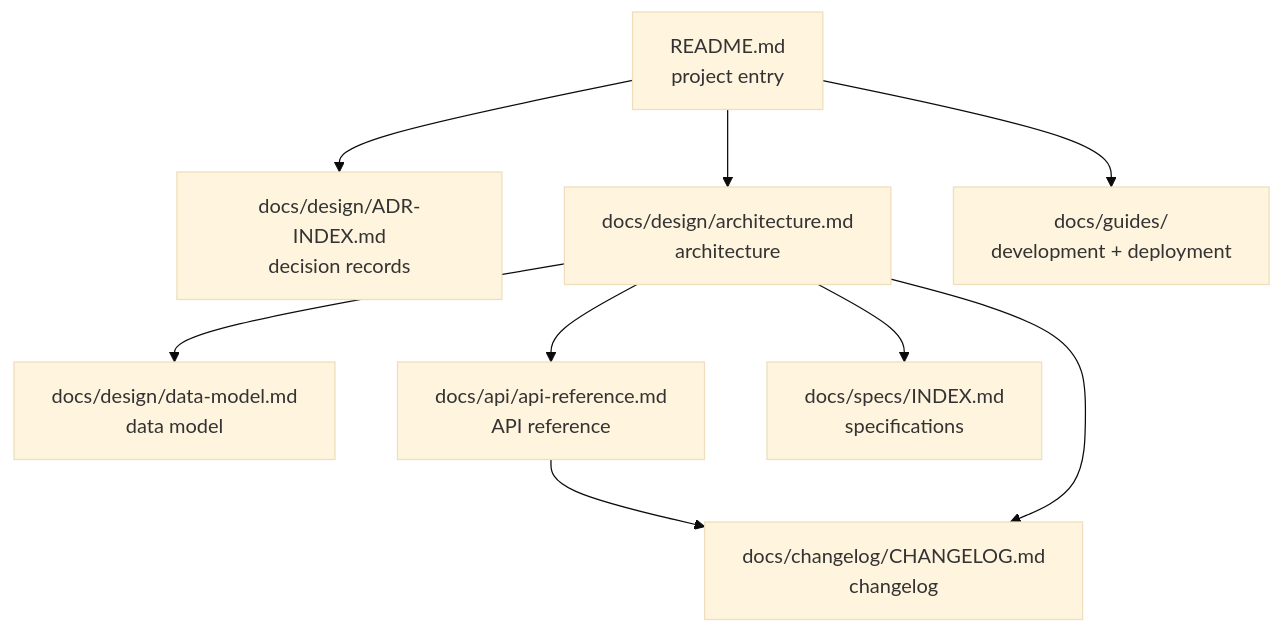
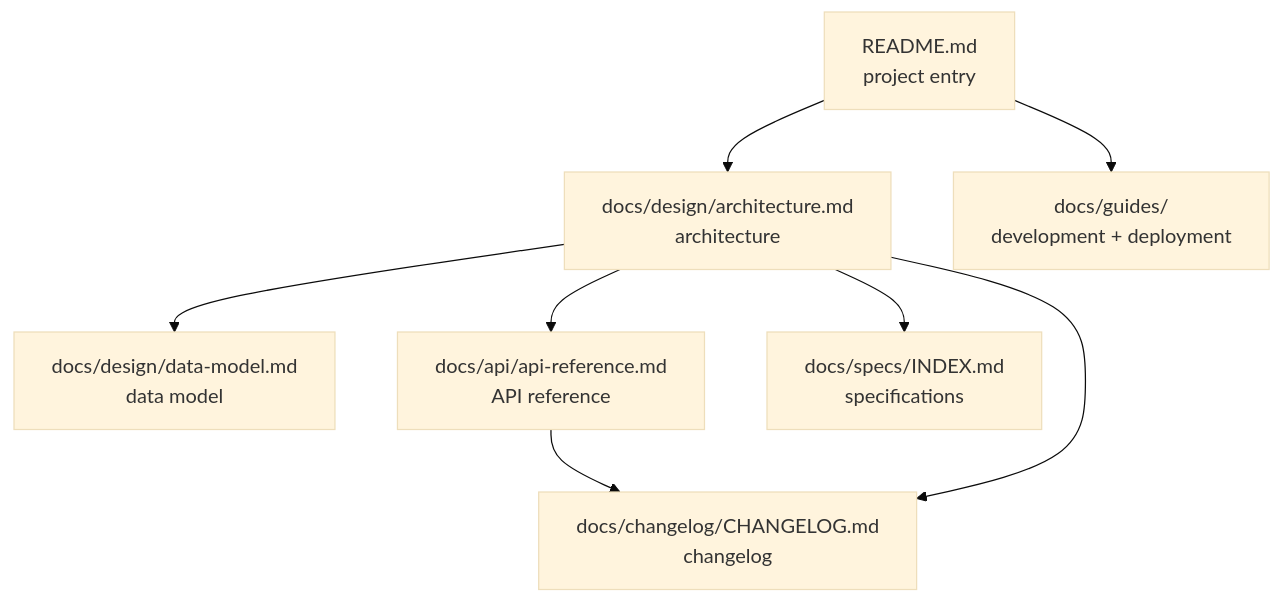
One commit to SieveAI-dev/sieve changed the second of 2 diagrams in README.md. Above: the diagram before and after it, drawn with Mermaid (base theme). The commit also changed other lines of this file and 27 other files, not shown here.

````diff
--- a/README.md
+++ b/README.md
@@ -242,20 +241,18 @@
 ```mermaid
 graph TD
     README["README.md<br/>project entry"]
-    ADR["docs/design/ADR-INDEX.md<br/>decision records"]
     ARCH["docs/design/architecture.md<br/>architecture"]
     DATA["docs/design/data-model.md<br/>data model"]
     API["docs/api/api-reference.md<br/>API reference"]
     SPECS["docs/specs/INDEX.md<br/>specifications"]
     GUIDES["docs/guides/<br/>development + deployment"]
     CL["docs/changelog/CHANGELOG.md<br/>changelog"]
 
-    README --> ADR
     README --> ARCH
     README --> GUIDES
     ARCH --> DATA
     ARCH --> API
     ARCH --> SPECS
     API --> CL
     ARCH --> CL
 ```
````
